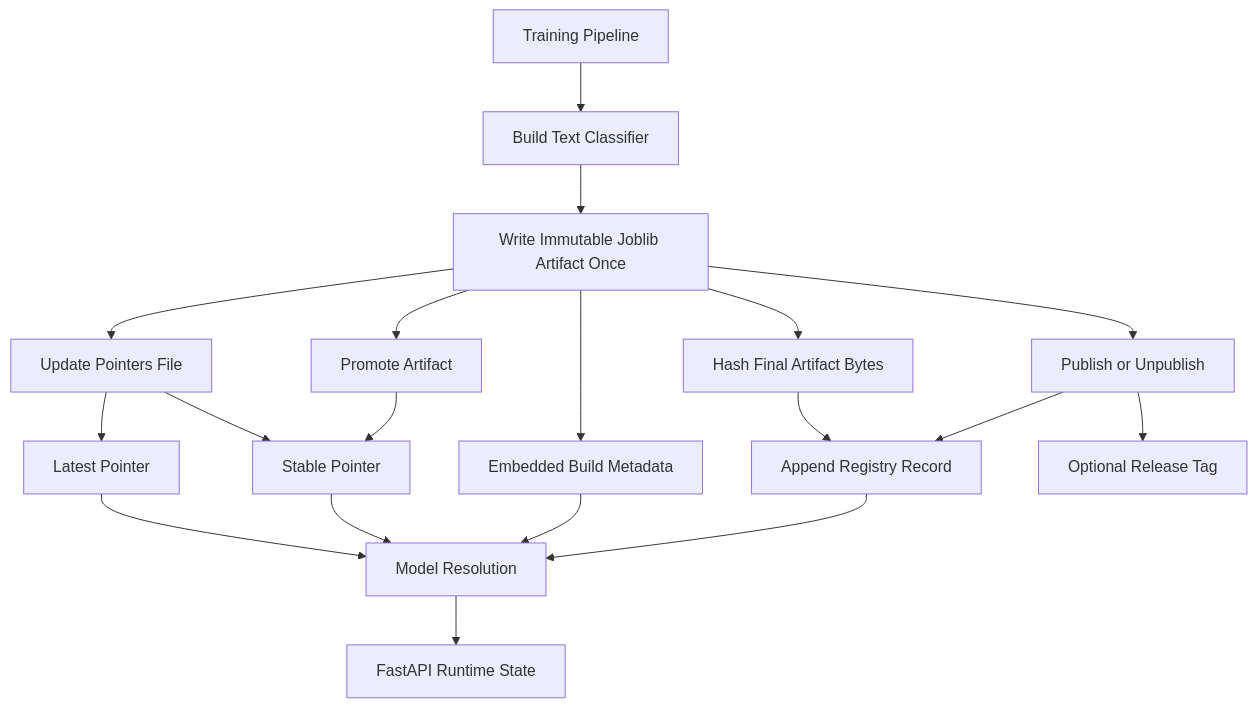
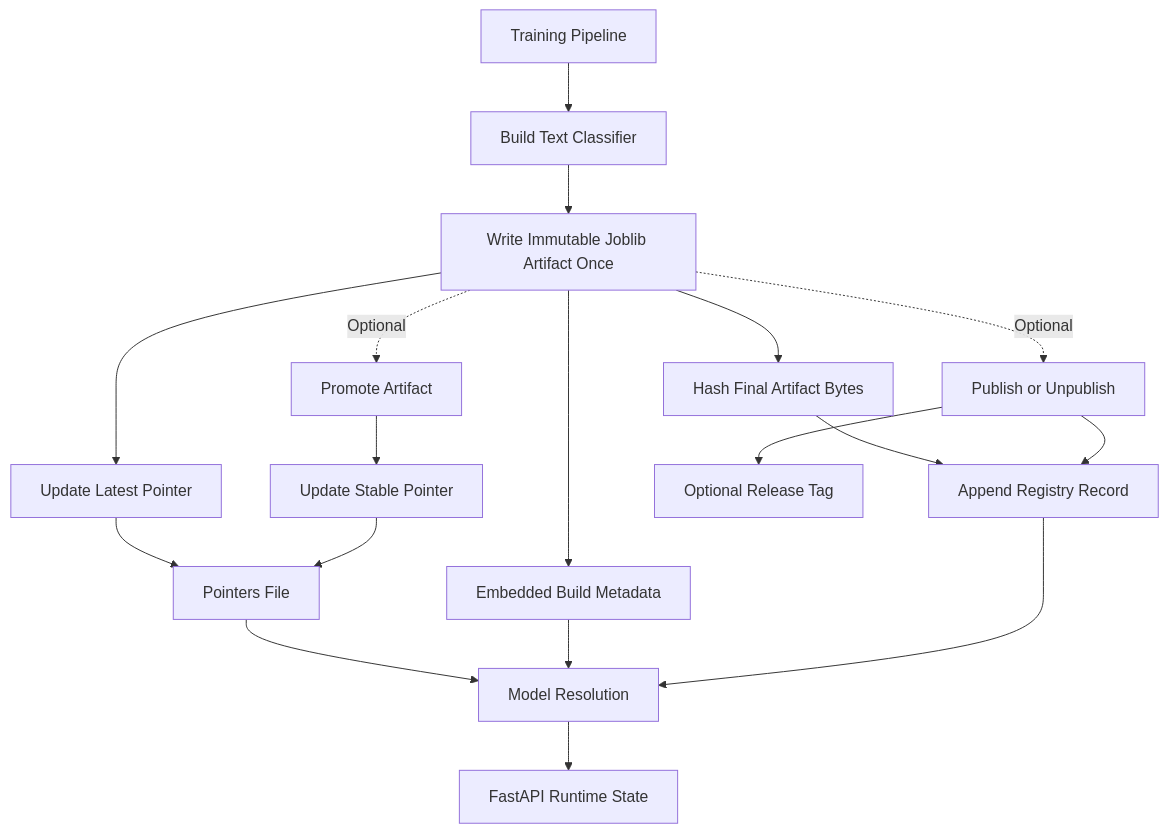
One commit to sepantakamali/E2EPRAIIP changed the second of 4 diagrams in README.md. Above: the diagram before and after it, drawn with Mermaid. The commit also changed other lines of this file, not shown here.

````diff
--- a/README.md
+++ b/README.md
@@ -48,24 +52,22 @@
 ```mermaid
 flowchart TD
     Train[Training Pipeline] --> Build[Build Text Classifier]
     Build --> Save[Write Immutable Joblib Artifact Once]
     Save --> Meta[Embedded Build Metadata]
     Save --> Hash[Hash Final Artifact Bytes]
     Hash --> Runs[Append Registry Record]
-    Save --> Pointers[Update Pointers File]
+    Save --> Latest[Update Latest Pointer]
 
-    Pointers --> Latest[Latest Pointer]
-    Pointers --> Stable[Stable Pointer]
-
-    Save --> Promote[Promote Artifact]
-    Promote --> Stable
-    Save --> Publish[Publish or Unpublish]
+    Save -. Optional .-> Promote[Promote Artifact]
+    Promote --> Stable[Update Stable Pointer]
+    Save -. Optional .-> Publish[Publish or Unpublish]
     Publish --> Runs
     Publish --> Release[Optional Release Tag]
 
-    Latest --> Resolve[Model Resolution]
-    Stable --> Resolve
+    Latest --> Pointers[Pointers File]
+    Stable --> Pointers
+    Pointers --> Resolve[Model Resolution]
     Meta --> Resolve
     Runs --> Resolve
     Resolve --> API[FastAPI Runtime State]
 ```
````
